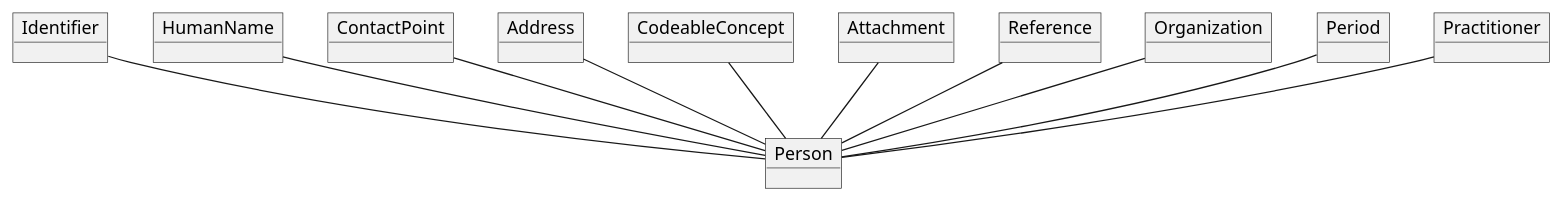
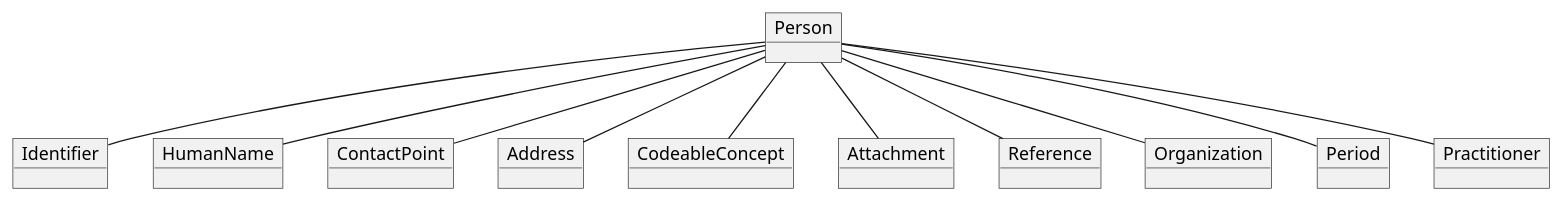
One commit to omahoito/rfc changed the diagram in profiles/DRAFTS/Person.plantuml. Above: the diagram before and after it, drawn with PlantUML.

```diff
--- a/profiles/DRAFTS/Person.plantuml
+++ b/profiles/DRAFTS/Person.plantuml
@@ -1,25 +1,25 @@
 @startuml
 object  Person
 
 object Identifier
 object HumanName
 object ContactPoint
 object Address
 object CodeableConcept
 object Attachment
 object Reference
 object Organization
 object Period
 object Practitioner
 
-Identifier -- Person
-HumanName -- Person
-ContactPoint -- Person
-Address -- Person
-CodeableConcept -- Person
-Attachment -- Person
-Reference -- Person
-Organization -- Person
-Period -- Person
-Practitioner -- Person
+Person -- Identifier
+Person -- HumanName
+Person -- ContactPoint
+Person -- Address
+Person -- CodeableConcept
+Person -- Attachment
+Person -- Reference
+Person -- Organization
+Person -- Period
+Person -- Practitioner
 @enduml
```
